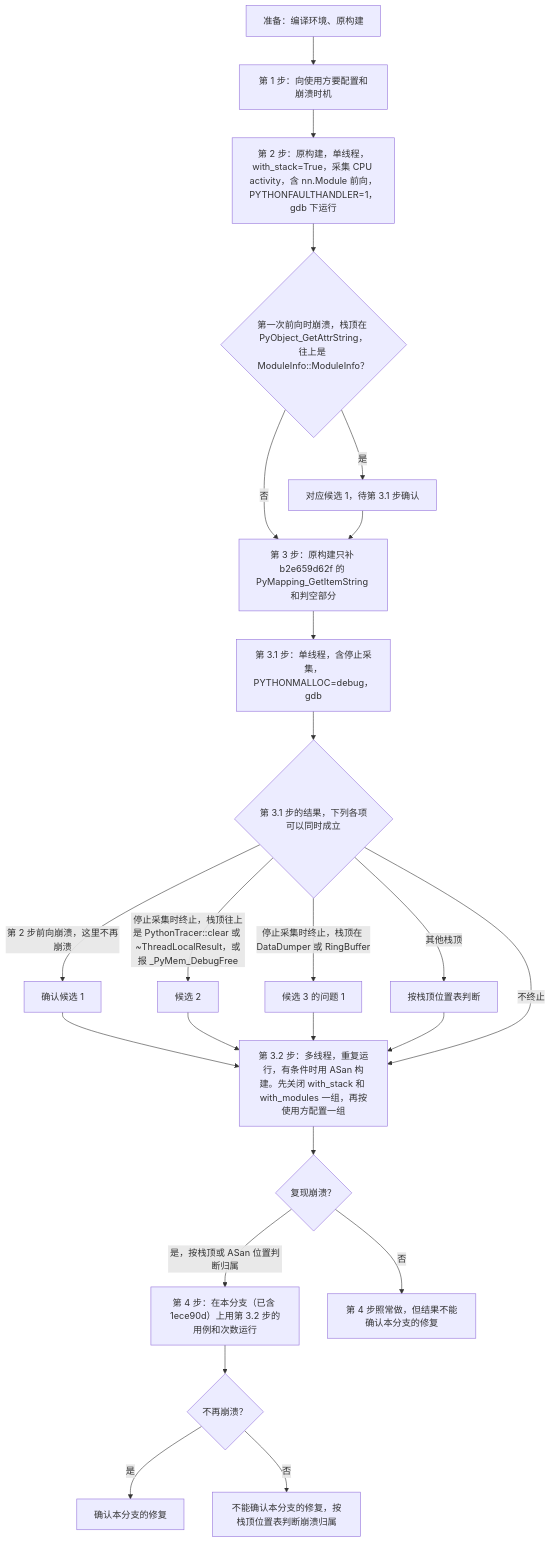
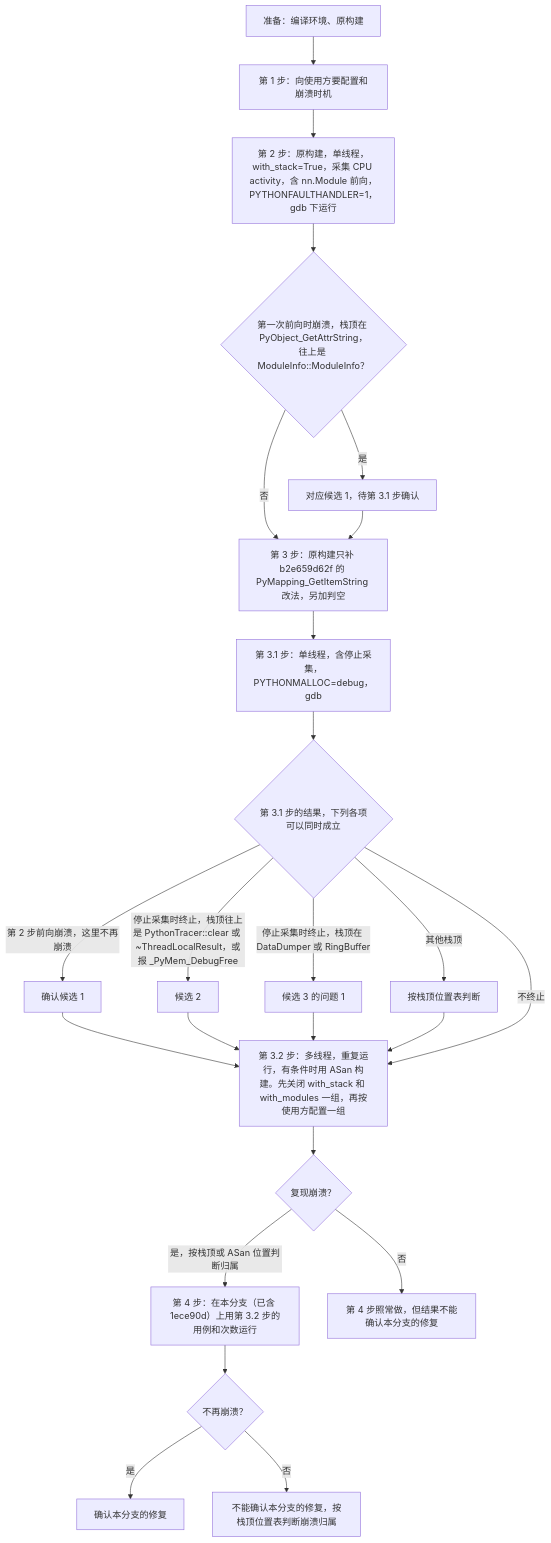
One commit to yinwu01/torch_npu changed the diagram in docs/profiler_free_threaded/analysis.md. Above: the diagram before and after it, drawn with Mermaid. The commit also changed other lines of this file and 3 other files, not shown here.

````diff
--- a/docs/profiler_free_threaded/analysis.md
+++ b/docs/profiler_free_threaded/analysis.md
@@ -433,26 +433,26 @@
 ```mermaid
 flowchart TD
     P["准备：编译环境、原构建"] --> S1["第 1 步：向使用方要配置和崩溃时机"]
     S1 --> S2["第 2 步：原构建，单线程，with_stack=True，采集 CPU activity，含 nn.Module 前向，PYTHONFAULTHANDLER=1，gdb 下运行"]
     S2 --> D2{"第一次前向时崩溃，栈顶在 PyObject_GetAttrString，往上是 ModuleInfo::ModuleInfo？"}
     D2 -->|是| C1P["对应候选 1，待第 3.1 步确认"]
     D2 -->|否| S3
-    C1P --> S3["第 3 步：原构建只补 b2e659d62f 的 PyMapping_GetItemString 和判空部分"]
+    C1P --> S3["第 3 步：原构建只补 b2e659d62f 的 PyMapping_GetItemString 改法，另加判空"]
     S3 --> S31["第 3.1 步：单线程，含停止采集，PYTHONMALLOC=debug，gdb"]
     S31 --> D31{"第 3.1 步的结果，下列各项可以同时成立"}
     D31 -->|"第 2 步前向崩溃，这里不再崩溃"| C1["确认候选 1"]
     D31 -->|"停止采集时终止，栈顶往上是 PythonTracer::clear 或 ~ThreadLocalResult，或报 _PyMem_DebugFree"| C2["候选 2"]
     D31 -->|"停止采集时终止，栈顶在 DataDumper 或 RingBuffer"| C3["候选 3 的问题 1"]
     D31 -->|"其他栈顶"| CX["按栈顶位置表判断"]
     C1 --> S32
     C2 --> S32
     C3 --> S32
     CX --> S32
     D31 -->|不终止| S32["第 3.2 步：多线程，重复运行，有条件时用 ASan 构建。先关闭 with_stack 和 with_modules 一组，再按使用方配置一组"]
     S32 --> D32{"复现崩溃？"}
     D32 -->|"是，按栈顶或 ASan 位置判断归属"| S4["第 4 步：在本分支（已含 1ece90d）上用第 3.2 步的用例和次数运行"]
     D32 -->|否| S4N["第 4 步照常做，但结果不能确认本分支的修复"]
     S4 --> D4{"不再崩溃？"}
     D4 -->|是| OK["确认本分支的修复"]
     D4 -->|否| DX["不能确认本分支的修复，按栈顶位置表判断崩溃归属"]
 ```
````
